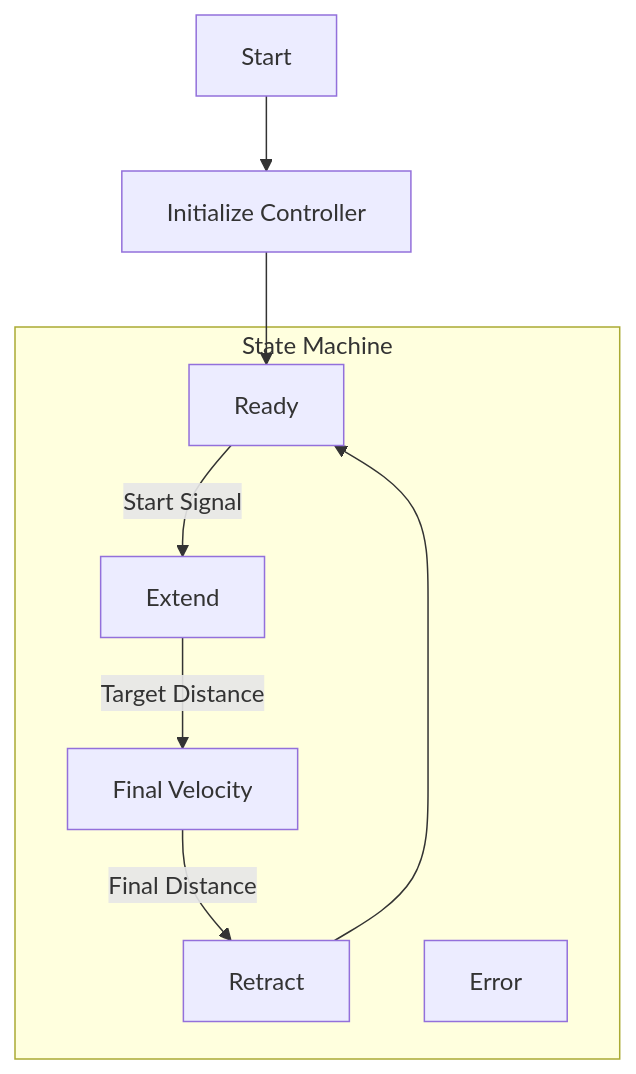
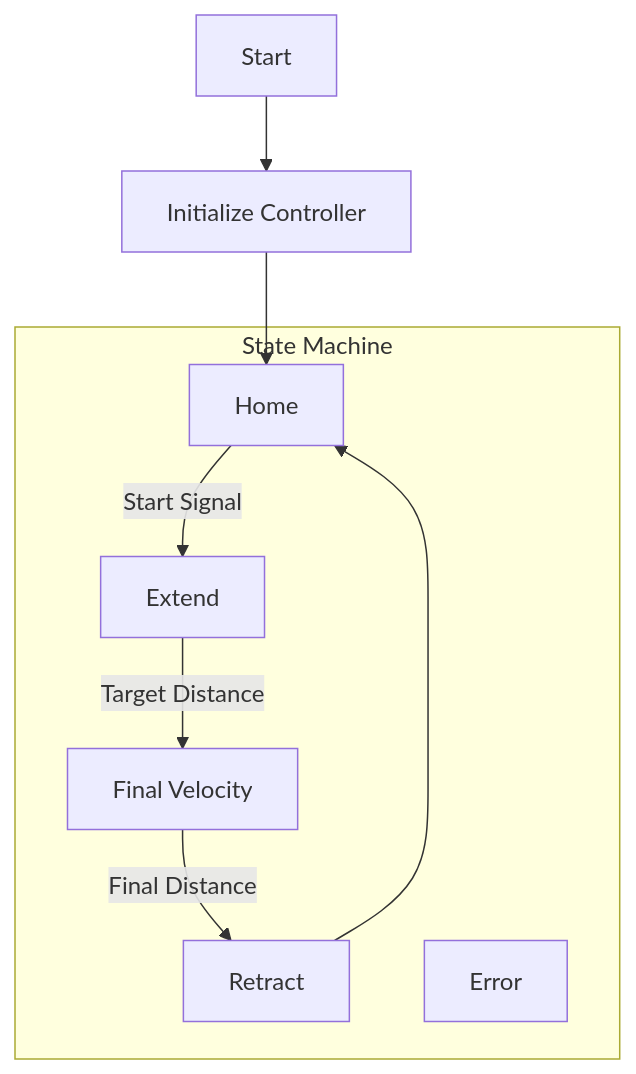
One commit to michaeljd8/spring_mass_control_demo changed the diagram in README.md. Above: the diagram before and after it, drawn with Mermaid. The commit also changed other lines of this file, not shown here.

Commit message:
fix states in readme

````diff
--- a/README.md
+++ b/README.md
@@ -91,19 +91,19 @@
 ```mermaid
 flowchart TD
     A[Start] --> B[Initialize Controller]
     B --> C
     subgraph State Machine
-        C[Ready]
+        C[Home]
         D[Extend]
         E[Final Velocity]
         F[Retract]
         G[Error]
 
         C -->|Start Signal| D
         D -->|Target Distance| E
         E -->|Final Distance| F
 
         F --> C
 
     end
 ```
````
